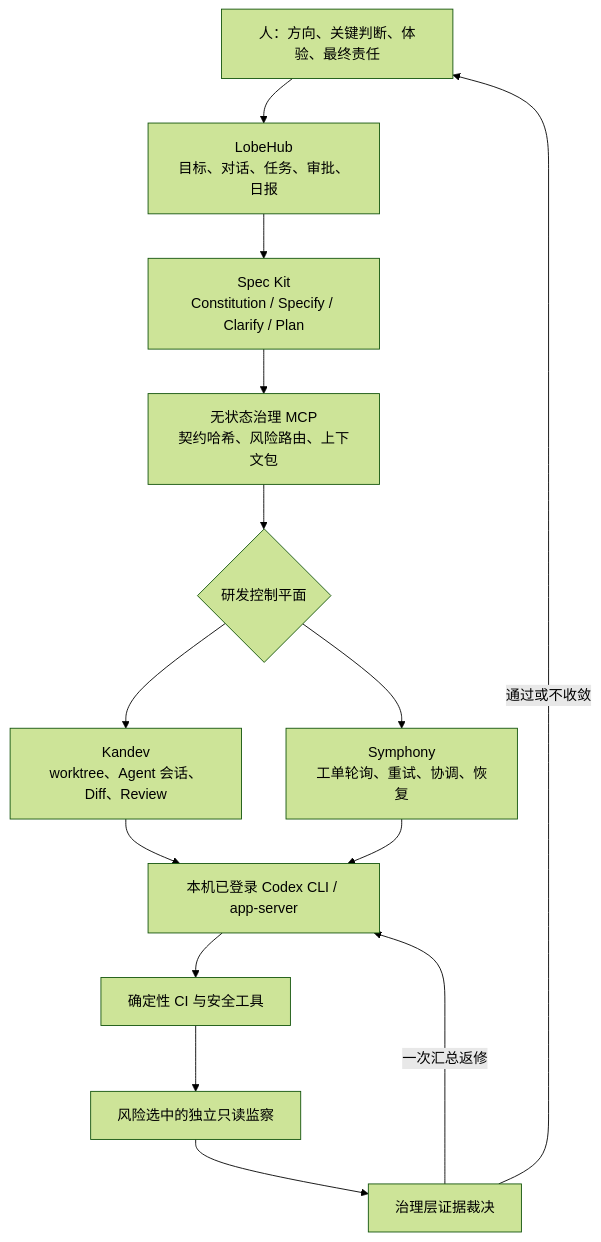
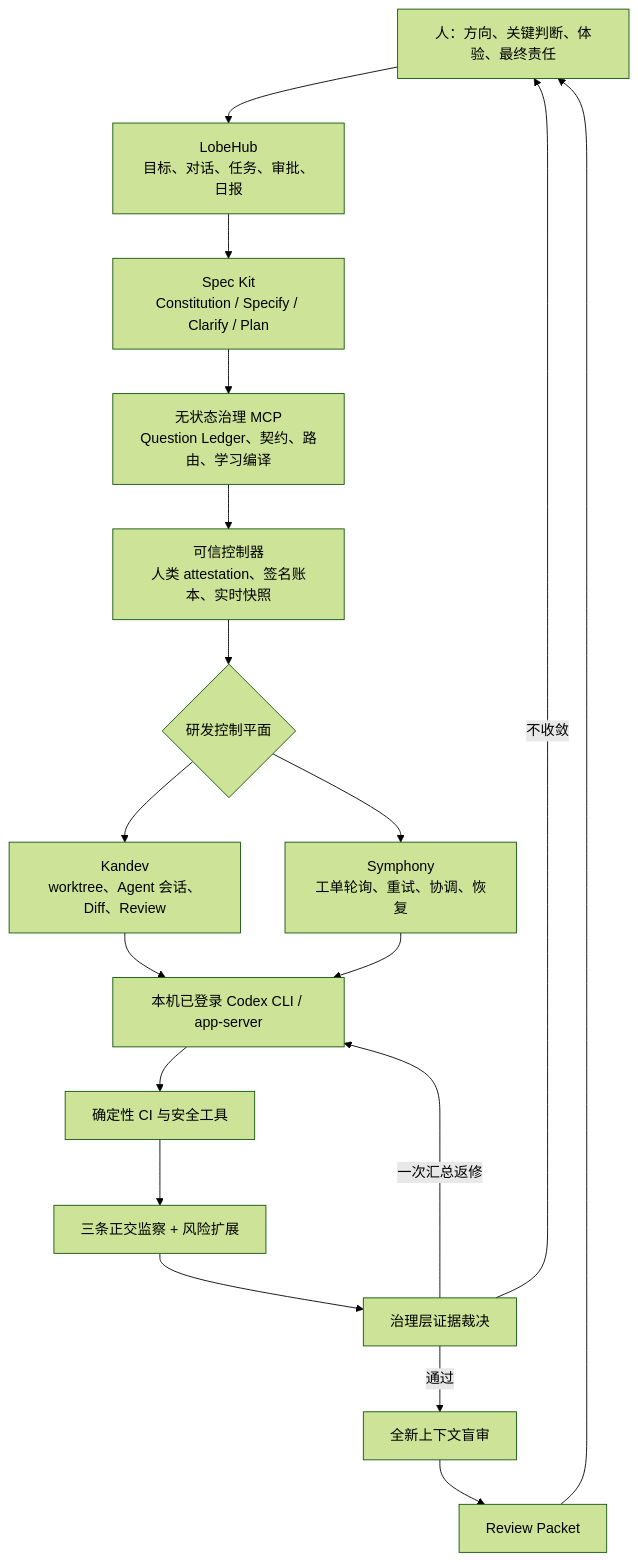
Before and after one commit to WXD7/codex-dev-orchestrator: the first of 7 diagrams in docs/ARCHITECTURE.md, drawn with Mermaid (forest theme). The commit also changed other lines of this file and 22 other files, not shown here.

````diff
--- a/docs/ARCHITECTURE.md
+++ b/docs/ARCHITECTURE.md
@@ -7,15 +7,19 @@
 ```mermaid
 flowchart TB
     H[人：方向、关键判断、体验、最终责任] --> L[LobeHub<br/>目标、对话、任务、审批、日报]
     L --> S[Spec Kit<br/>Constitution / Specify / Clarify / Plan]
-    S --> G[无状态治理 MCP<br/>契约哈希、风险路由、上下文包]
-    G --> D{研发控制平面}
+    S --> G[无状态治理 MCP<br/>Question Ledger、契约、路由、学习编译]
+    G --> T[可信控制器<br/>人类 attestation、签名账本、实时快照]
+    T --> D{研发控制平面}
     D --> K[Kandev<br/>worktree、Agent 会话、Diff、Review]
     D --> Y[Symphony<br/>工单轮询、重试、协调、恢复]
     K & Y --> C[本机已登录 Codex CLI / app-server]
     C --> CI[确定性 CI 与安全工具]
-    CI --> V[风险选中的独立只读监察]
+    CI --> V[三条正交监察 + 风险扩展]
     V --> A[治理层证据裁决]
     A -->|一次汇总返修| C
-    A -->|通过或不收敛| H
+    A -->|通过| F[全新上下文盲审]
+    A -->|不收敛| H
+    F --> R[Review Packet]
+    R --> H
 ```
````
